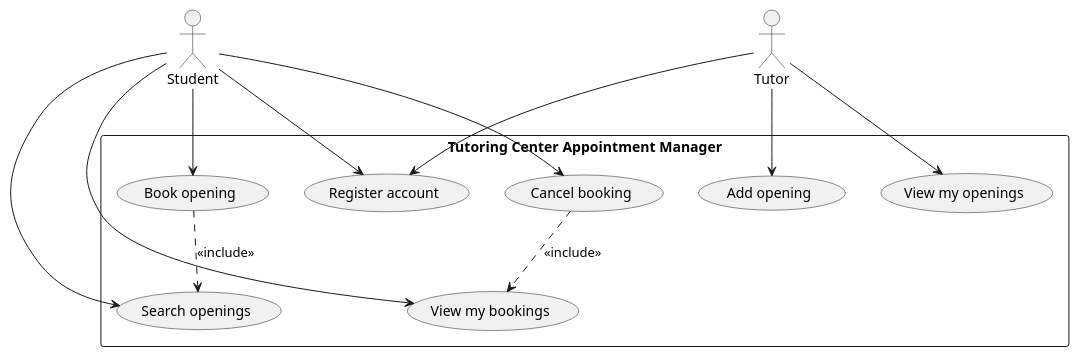
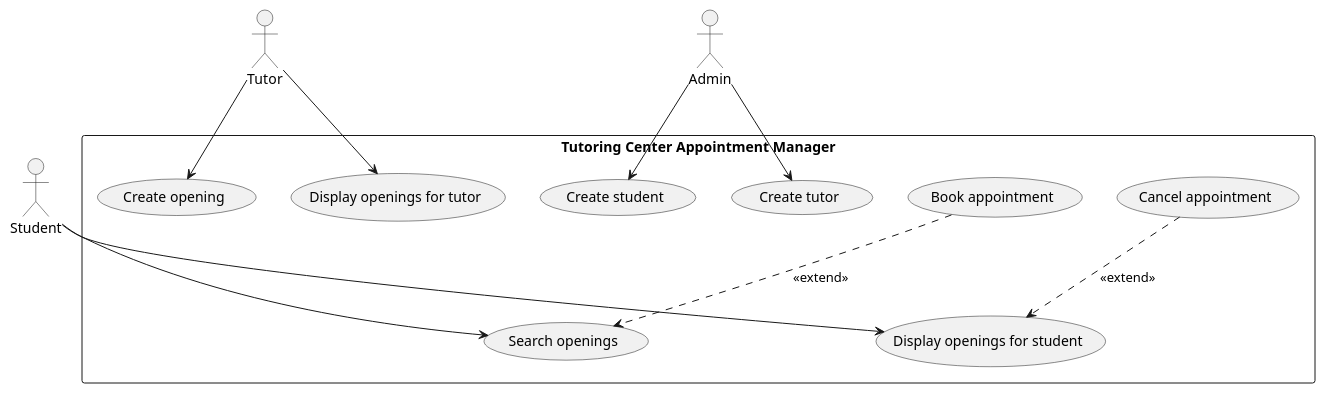
Before and after one commit to localhost433/OOPFinalProject: the diagram in docs/use-case-diagram.puml, drawn with PlantUML.

Commit message:
fix use case diagram

```diff
--- a/docs/use-case-diagram.puml
+++ b/docs/use-case-diagram.puml
@@ -1,30 +1,33 @@
 @startuml use-case-diagram
 ' Use case diagram — Tutoring Center Appointment Manager
 
 actor Student as student
 actor Tutor as tutor
+actor Admin as admin
 
 rectangle "Tutoring Center Appointment Manager" {
-  usecase register   as "Register account"
-  usecase addOpening as "Add opening"
-  usecase viewOpen   as "View my openings"
-  usecase search     as "Search openings"
-  usecase book       as "Book opening"
-  usecase cancel     as "Cancel booking"
-  usecase viewBook   as "View my bookings"
+  usecase searchOpen    as "Search openings"
+  usecase displayStudent as "Display openings for student"
+  usecase bookApp       as "Book appointment"
+  usecase cancelApp     as "Cancel appointment"
+
+  usecase createOpening as "Create opening"
+  usecase displayTutor  as "Display openings for tutor"
+
+  usecase createStudent as "Create student"
+  usecase createTutor   as "Create tutor"
 }
 
-student --> register
-student --> search
-student --> book
-student --> cancel
-student --> viewBook
+student --> searchOpen
+student --> displayStudent
 
-tutor --> register
-tutor --> addOpening
-tutor --> viewOpen
+tutor --> createOpening
+tutor --> displayTutor
 
-book ..> search : <<include>>
-cancel ..> viewBook : <<include>>
+admin --> createStudent
+admin --> createTutor
+
+bookApp   ..> searchOpen  : <<extend>>
+cancelApp ..> displayStudent : <<extend>>
 
 @enduml
```
